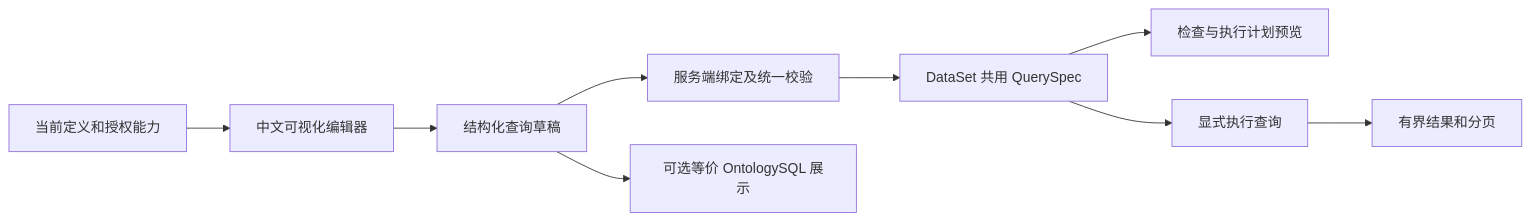
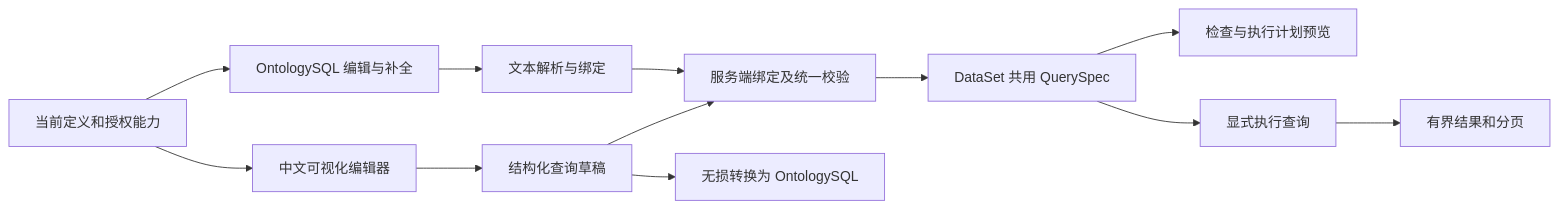
The diagram in docs/数据查询/可视化查询编辑器.md (wuhy80/AgentForge-Ontology), drawn with Mermaid before and after one commit. The commit also changed other lines of this file and 36 other files, not shown here.

First line of the commit message:
feat: 增加 OntologySQL 查询编译与中文编辑工作台

````diff
--- a/docs/数据查询/可视化查询编辑器.md
+++ b/docs/数据查询/可视化查询编辑器.md
@@ -21,11 +94,14 @@
 ```mermaid
 flowchart LR
     META[当前定义和授权能力] --> UI[中文可视化编辑器]
+    META --> SQL[OntologySQL 编辑与补全]
+    SQL --> PARSE[文本解析与绑定]
+    PARSE --> BIND
     UI --> DRAFT[结构化查询草稿]
     DRAFT --> BIND[服务端绑定及统一校验]
     BIND --> PLAN[DataSet 共用 QuerySpec]
     PLAN --> PREVIEW[检查与执行计划预览]
     PLAN --> RUN[显式执行查询]
     RUN --> RESULT[有界结果和分页]
-    DRAFT --> VIEW[可选等价 OntologySQL 展示]
+    DRAFT --> VIEW[无损转换为 OntologySQL]
 ```
````
